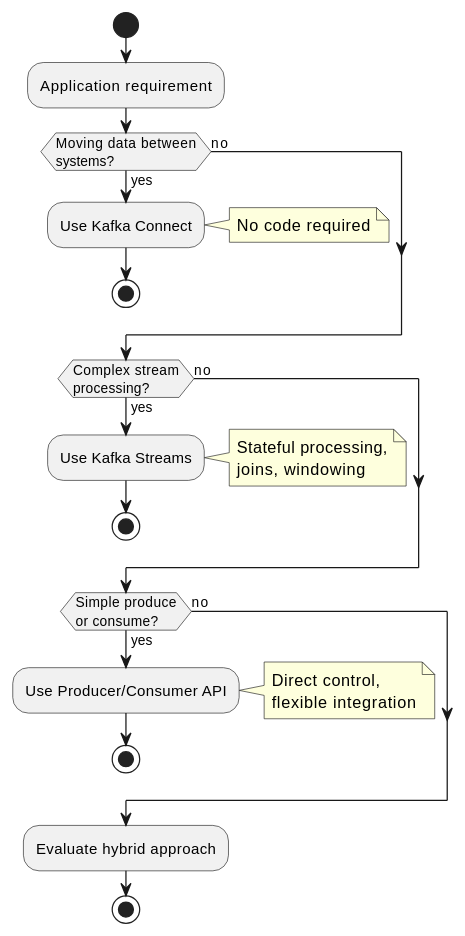
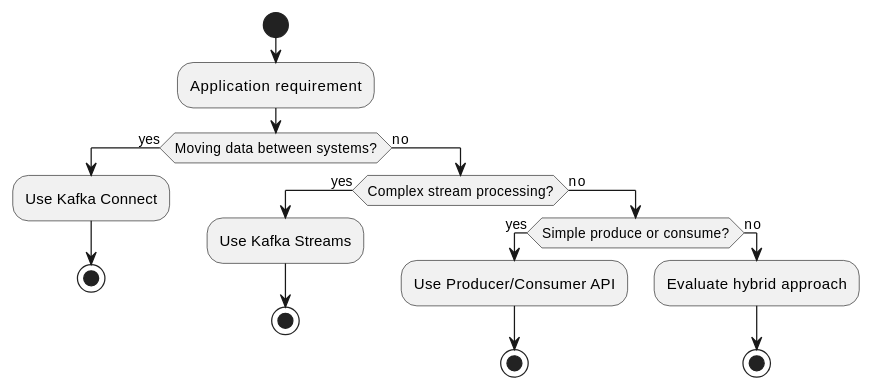
One commit to axonops/documentation changed the first of 3 diagrams in docs/data-platforms/kafka/application-development/index.md. Above: the diagram before and after it, drawn with PlantUML. The commit also changed 2 other files, not shown here.

Commit message:
Fix PlantUML syntax errors in Kafka documentation diagrams

````diff
--- a/docs/data-platforms/kafka/application-development/index.md
+++ b/docs/data-platforms/kafka/application-development/index.md
@@ -28,35 +28,29 @@
 ```plantuml
 @startuml
 
 skinparam backgroundColor transparent
 
 start
 
 :Application requirement;
 
-if (Moving data between\nsystems?) then (yes)
+if (Moving data between systems?) then (yes)
   :Use Kafka Connect;
-  note right: No code required
   stop
 else (no)
+  if (Complex stream processing?) then (yes)
+    :Use Kafka Streams;
+    stop
+  else (no)
+    if (Simple produce or consume?) then (yes)
+      :Use Producer/Consumer API;
+      stop
+    else (no)
+      :Evaluate hybrid approach;
+      stop
+    endif
+  endif
 endif
-
-if (Complex stream\nprocessing?) then (yes)
-  :Use Kafka Streams;
-  note right: Stateful processing,\njoins, windowing
-  stop
-else (no)
-endif
-
-if (Simple produce\nor consume?) then (yes)
-  :Use Producer/Consumer API;
-  note right: Direct control,\nflexible integration
-  stop
-else (no)
-endif
-
-:Evaluate hybrid approach;
-stop
 
 @enduml
 ```
````
